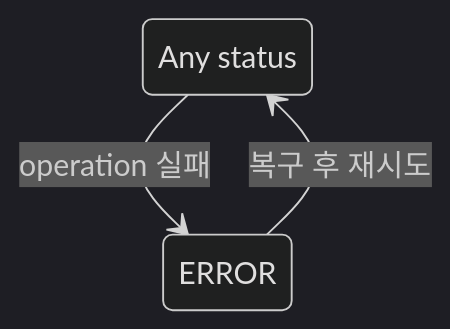
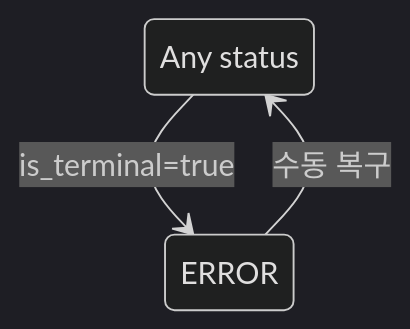
Before and after one commit to cagojeiger/code-hub: the third of 6 diagrams in docs/spec_v2/states.md, drawn with Mermaid (dark theme). The commit also changed other lines of this file and 14 other files, not shown here.

````diff
--- a/docs/spec_v2/states.md
+++ b/docs/spec_v2/states.md
@@ -192,9 +99,7 @@
 ```mermaid
 stateDiagram-v2
     direction TB
-
     state "Any status" as any
-
-    any --> ERROR: operation 실패
-    ERROR --> any: 복구 후 재시도
+    any --> ERROR: is_terminal=true
+    ERROR --> any: 수동 복구
 ```
````
